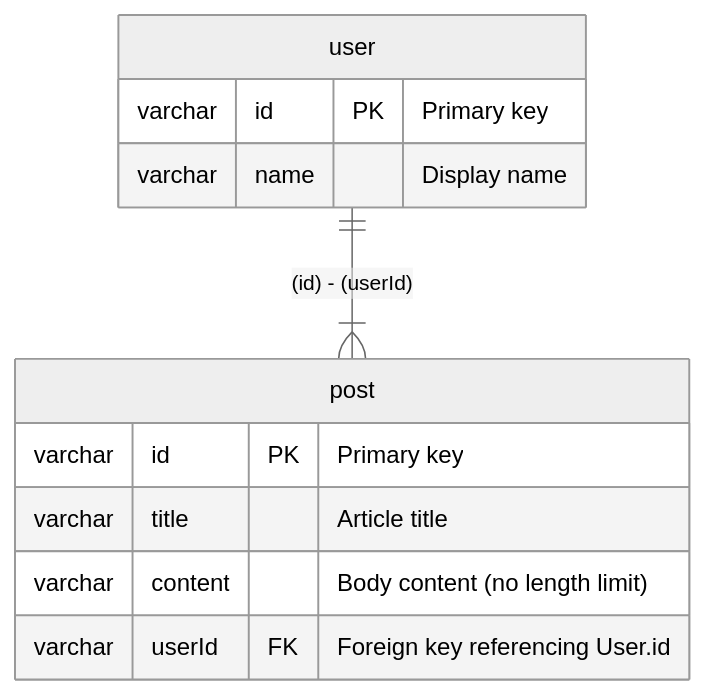
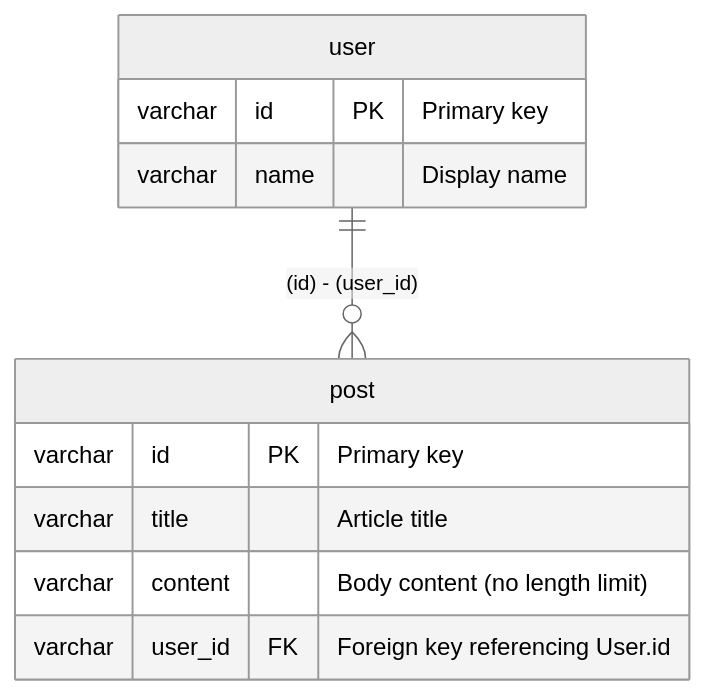
One commit to nakita628/drizzler changed the diagram in fixtures/example/mermaid-er/ER.md. Above: the diagram before and after it, drawn with Mermaid (neutral theme). The commit also changed 16 other files, not shown here.

First line of the commit message:
Name DBML and Mermaid as the database does, with its types and constraints

````diff
--- a/fixtures/example/mermaid-er/ER.md
+++ b/fixtures/example/mermaid-er/ER.md
@@ -1,14 +1,14 @@
 ```mermaid
 erDiagram
-    user ||--|{ post : "(id) - (userId)"
+    user ||--o{ post : "(id) - (user_id)"
     user {
         varchar id PK "Primary key"
         varchar name "Display name"
     }
     post {
         varchar id PK "Primary key"
         varchar title "Article title"
         varchar content "Body content (no length limit)"
-        varchar userId FK "Foreign key referencing User.id"
+        varchar user_id FK "Foreign key referencing User.id"
     }
 ```
````
